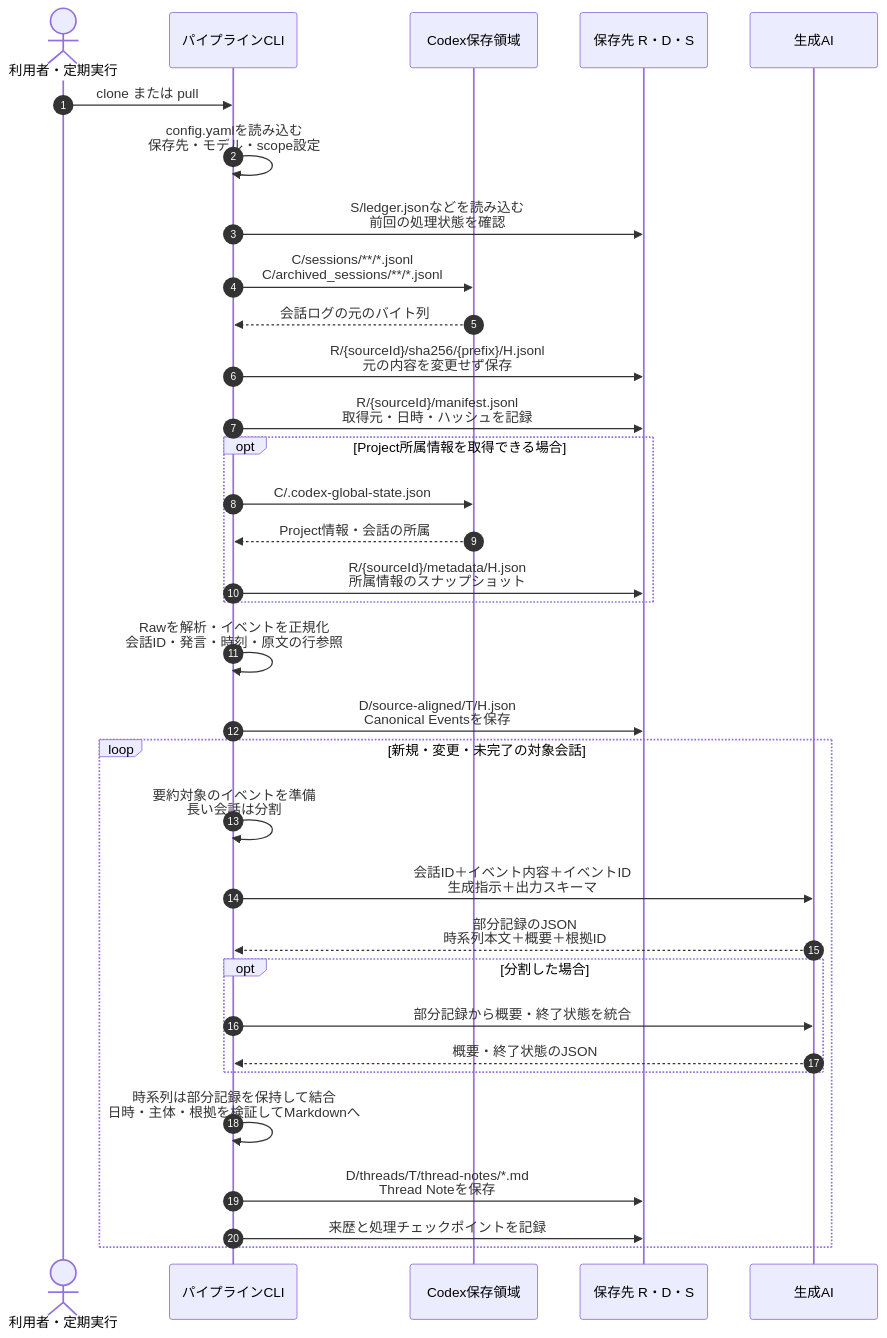
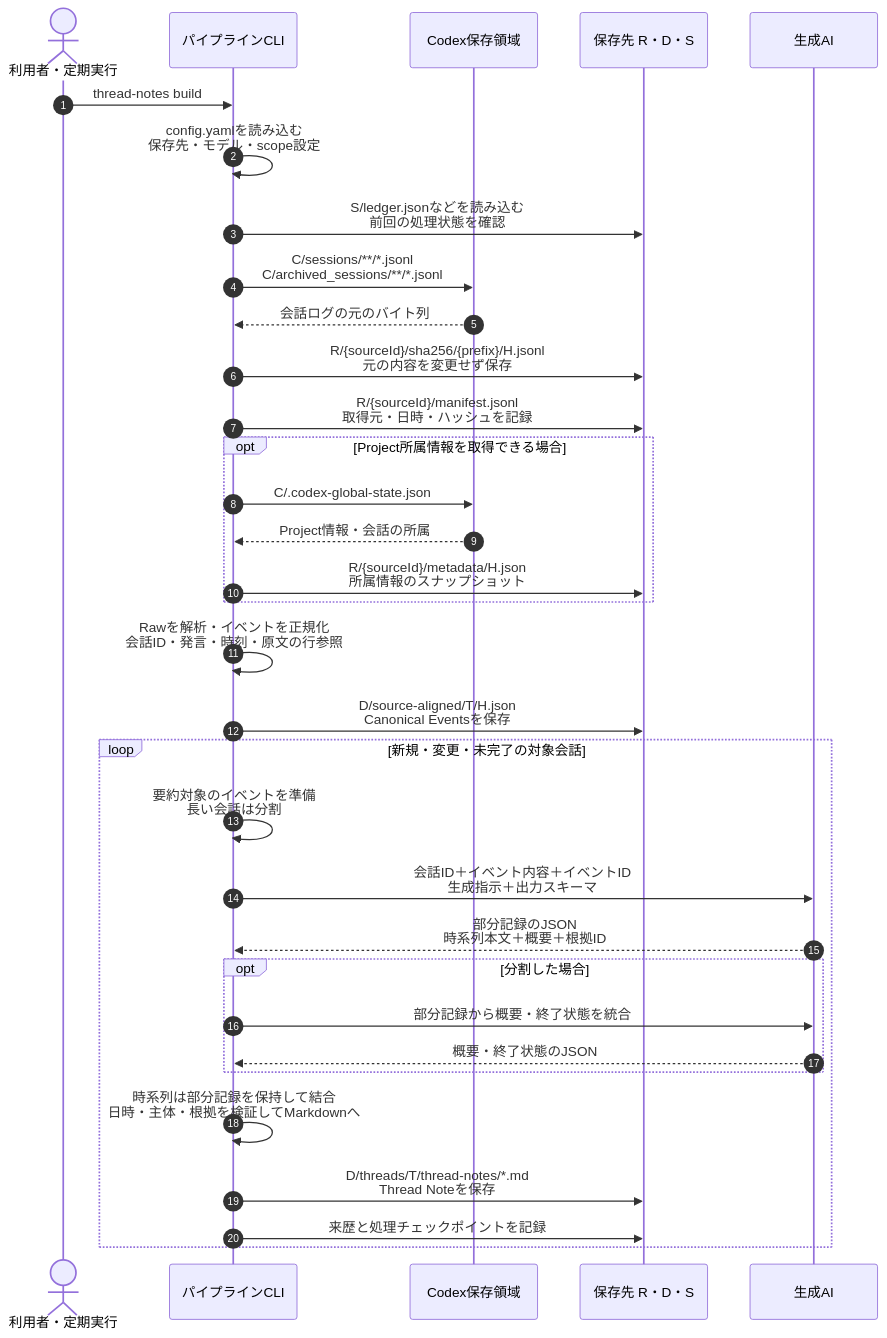
The second of 5 diagrams in README_ja.md (tuckn/tkn_codex_chat_note_pipeline), drawn with Mermaid before and after one commit. The commit also changed other lines of this file and 1 other file, not shown here.

````diff
--- a/README_ja.md
+++ b/README_ja.md
@@ -407,40 +368,40 @@
 ```mermaid
 sequenceDiagram
     autonumber
     actor U as 利用者・定期実行
     participant P as パイプラインCLI
     participant C as Codex保存領域
     participant F as 保存先 R・D・S
     participant AI as 生成AI
 
-    U->>P: clone または pull
+    U->>P: thread-notes build
     P->>P: config.yamlを読み込む<br/>保存先・モデル・scope設定
     P->>F: S/ledger.jsonなどを読み込む<br/>前回の処理状態を確認
 
     P->>C: C/sessions/**/*.jsonl<br/>C/archived_sessions/**/*.jsonl
     C-->>P: 会話ログの元のバイト列
     P->>F: R/{sourceId}/sha256/{prefix}/H.jsonl<br/>元の内容を変更せず保存
     P->>F: R/{sourceId}/manifest.jsonl<br/>取得元・日時・ハッシュを記録
 
     opt Project所属情報を取得できる場合
         P->>C: C/.codex-global-state.json
         C-->>P: Project情報・会話の所属
         P->>F: R/{sourceId}/metadata/H.json<br/>所属情報のスナップショット
     end
 
     P->>P: Rawを解析・イベントを正規化<br/>会話ID・発言・時刻・原文の行参照
     P->>F: D/source-aligned/T/H.json<br/>Canonical Eventsを保存
 
     loop 新規・変更・未完了の対象会話
         P->>P: 要約対象のイベントを準備<br/>長い会話は分割
         P->>AI: 会話ID＋イベント内容＋イベントID<br/>生成指示＋出力スキーマ
         AI-->>P: 部分記録のJSON<br/>時系列本文＋概要＋根拠ID
         opt 分割した場合
             P->>AI: 部分記録から概要・終了状態を統合
             AI-->>P: 概要・終了状態のJSON
         end
         P->>P: 時系列は部分記録を保持して結合<br/>日時・主体・根拠を検証してMarkdownへ
         P->>F: D/threads/T/thread-notes/*.md<br/>Thread Noteを保存
         P->>F: 来歴と処理チェックポイントを記録
     end
 ```
````
